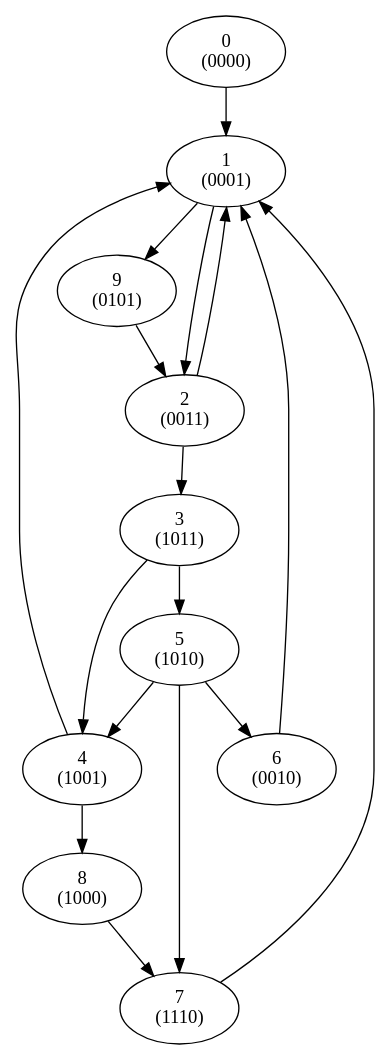
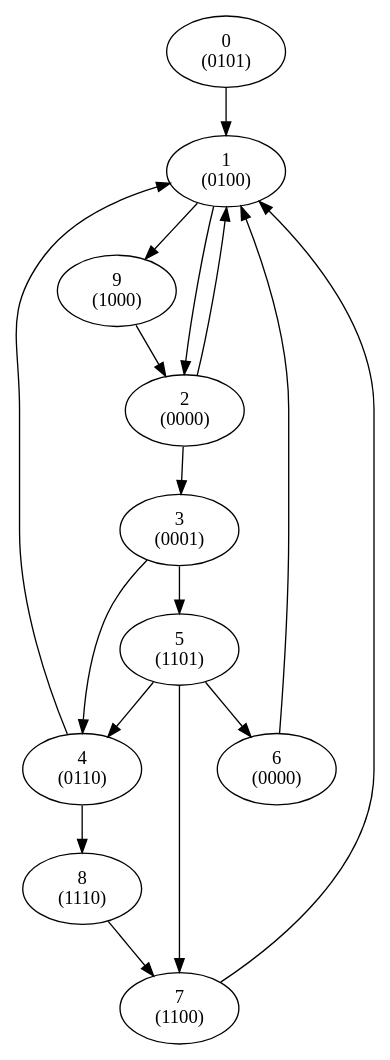
One commit to abemac/verilog-to-fsm changed the diagram in state_encoding/yuan_alg/run/DFS.dot. Above: the diagram before and after it, drawn with Graphviz. The commit also changed 6 other files, not shown here.

```diff
--- a/state_encoding/yuan_alg/run/DFS.dot
+++ b/state_encoding/yuan_alg/run/DFS.dot
@@ -1,18 +1,18 @@
 digraph fsm {
-"0\n(0000)" -> "1\n(0001)";
-"1\n(0001)" -> "2\n(0011)";
-"1\n(0001)" -> "9\n(0101)";
-"2\n(0011)" -> "1\n(0001)";
-"2\n(0011)" -> "3\n(1011)";
-"3\n(1011)" -> "5\n(1010)";
-"3\n(1011)" -> "4\n(1001)";
-"4\n(1001)" -> "1\n(0001)";
-"4\n(1001)" -> "8\n(1000)";
-"5\n(1010)" -> "4\n(1001)";
-"5\n(1010)" -> "7\n(1110)";
-"5\n(1010)" -> "6\n(0010)";
-"6\n(0010)" -> "1\n(0001)";
-"7\n(1110)" -> "1\n(0001)";
-"8\n(1000)" -> "7\n(1110)";
-"9\n(0101)" -> "2\n(0011)";
+"0\n(0101)" -> "1\n(0100)";
+"1\n(0100)" -> "2\n(0000)";
+"1\n(0100)" -> "9\n(1000)";
+"2\n(0000)" -> "1\n(0100)";
+"2\n(0000)" -> "3\n(0001)";
+"3\n(0001)" -> "5\n(1101)";
+"3\n(0001)" -> "4\n(0110)";
+"4\n(0110)" -> "1\n(0100)";
+"4\n(0110)" -> "8\n(1110)";
+"5\n(1101)" -> "4\n(0110)";
+"5\n(1101)" -> "7\n(1100)";
+"5\n(1101)" -> "6\n(0000)";
+"6\n(0000)" -> "1\n(0100)";
+"7\n(1100)" -> "1\n(0100)";
+"8\n(1110)" -> "7\n(1100)";
+"9\n(1000)" -> "2\n(0000)";
 }
```
